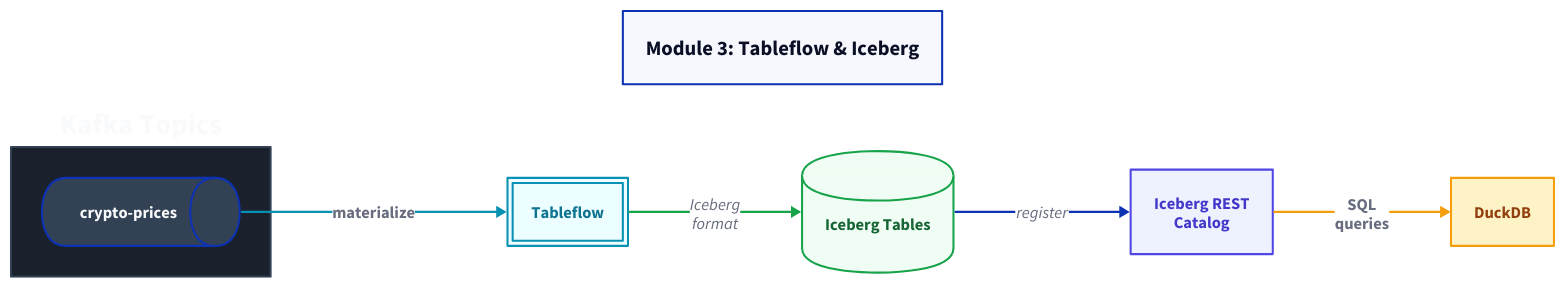
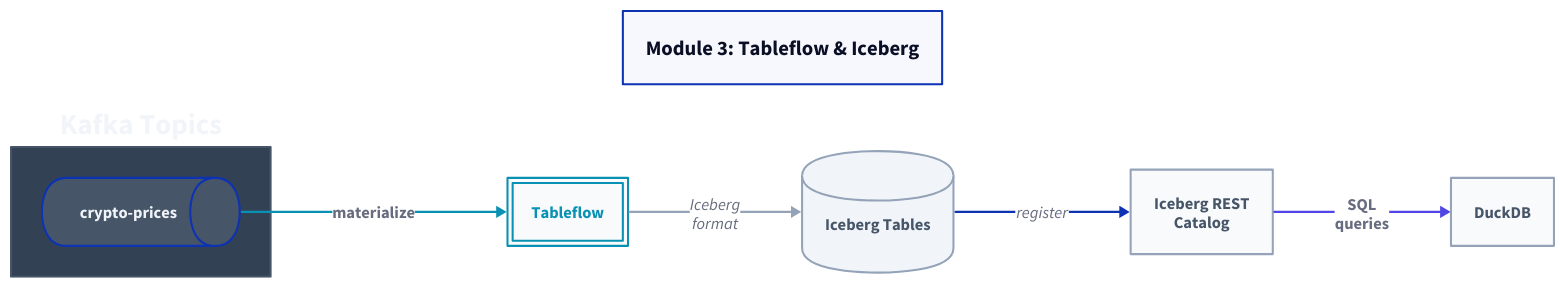
One commit to gAmUssA/gamussa.github.com changed the diagram in diagrams/module3-tableflow.d2. Above: the diagram before and after it, drawn with D2. The commit also changed 7 other files, not shown here.

Commit message:
Fix diagram colors: neutral slate palette matching blog design system

```diff
--- a/diagrams/module3-tableflow.d2
+++ b/diagrams/module3-tableflow.d2
@@ -1,63 +1,63 @@
 direction: right
 
 title: {
   label: "Module 3: Tableflow & Iceberg"
   style.font-size: 20
   style.bold: true
   near: top-center
 }
 
 kafka: Kafka Topics {
-  style.fill: "#1a202c"
-  style.stroke: "#334155"
-  style.font-color: "#f8fafc"
+  style.fill: "#334155"
+  style.stroke: "#475569"
+  style.font-color: "#f1f5f9"
   style.bold: true
 
   topic: crypto-prices {
     shape: queue
-    style.fill: "#334155"
-    style.font-color: "#f8fafc"
+    style.fill: "#475569"
+    style.font-color: "#f1f5f9"
   }
 }
 
 tableflow: Tableflow {
-  style.fill: "#ECFEFF"
+  style.fill: "#f8fafc"
   style.stroke: "#0891b2"
-  style.font-color: "#0e7490"
+  style.font-color: "#0891b2"
   style.bold: true
   style.double-border: true
 }
 
 iceberg: Iceberg Tables {
-  style.fill: "#F0FDF4"
-  style.stroke: "#16a34a"
-  style.font-color: "#166534"
+  style.fill: "#f1f5f9"
+  style.stroke: "#94a3b8"
+  style.font-color: "#475569"
   shape: cylinder
   style.bold: true
 }
 
 catalog: Iceberg REST\nCatalog {
-  style.fill: "#EEF2FF"
-  style.stroke: "#4F46E5"
-  style.font-color: "#4338CA"
+  style.fill: "#f8fafc"
+  style.stroke: "#94a3b8"
+  style.font-color: "#475569"
 }
 
 duckdb: DuckDB {
-  style.fill: "#FEF3C7"
-  style.stroke: "#F59E0B"
-  style.font-color: "#92400e"
+  style.fill: "#f8fafc"
+  style.stroke: "#94a3b8"
+  style.font-color: "#475569"
   style.bold: true
 }
 
 kafka.topic -> tableflow: "materialize" {
   style.stroke: "#0891b2"
   style.bold: true
 }
 tableflow -> iceberg: "Iceberg\nformat" {
-  style.stroke: "#16a34a"
+  style.stroke: "#94a3b8"
 }
 iceberg -> catalog: "register"
 catalog -> duckdb: "SQL\nqueries" {
-  style.stroke: "#F59E0B"
+  style.stroke: "#4F46E5"
   style.bold: true
 }
```
